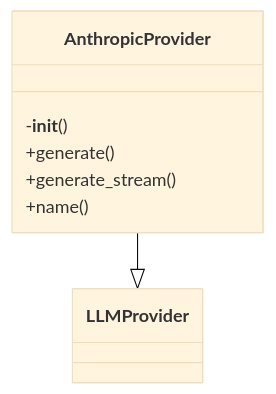
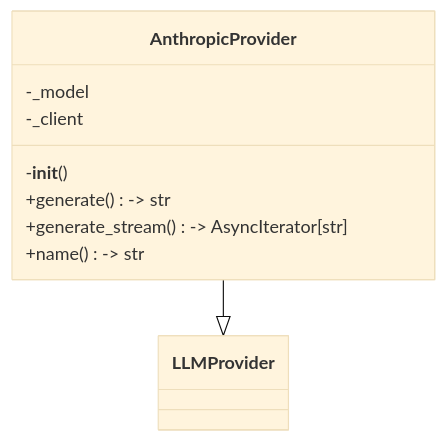
One commit to UrbanDiver/local-deepwiki-mcp changed the first of 2 diagrams in .deepwiki/files/src/local_deepwiki/providers/llm/anthropic.md. Above: the diagram before and after it, drawn with Mermaid (base theme). The commit also changed other lines of this file and 75 other files, not shown here.

````diff
--- a/.deepwiki/files/src/local_deepwiki/providers/llm/anthropic.md
+++ b/.deepwiki/files/src/local_deepwiki/providers/llm/anthropic.md
@@ -95,10 +114,12 @@
 ```mermaid
 classDiagram
     class AnthropicProvider {
+        -_model
+        -_client
         -__init__()
-        +generate()
-        +generate_stream()
-        +name()
+        +generate() -> str
+        +generate_stream() -> AsyncIterator[str]
+        +name() -> str
     }
     AnthropicProvider --|> LLMProvider
 ```
````
